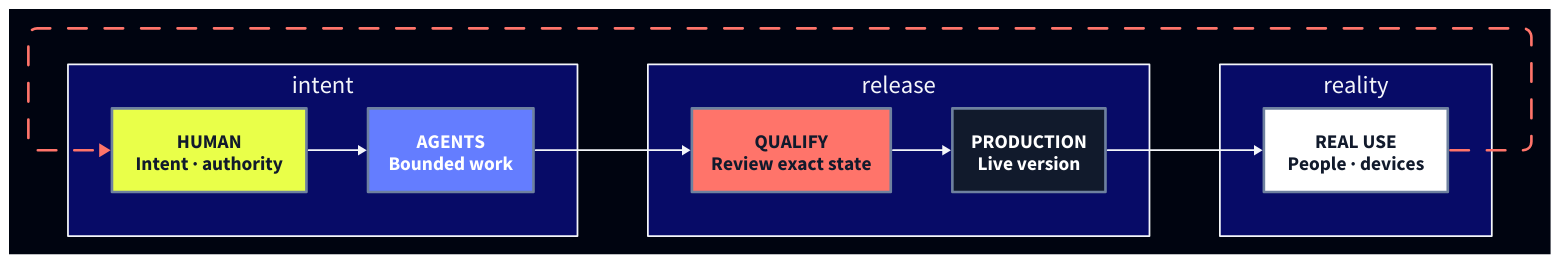
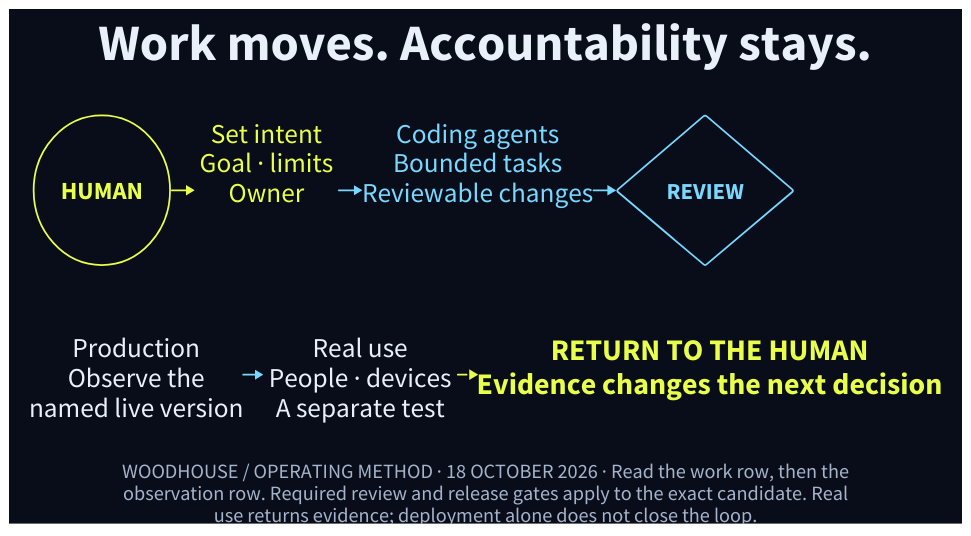
The diagram in diagrams/factory-flow.d2 (loftwah/woodhouse-new), drawn with D2 before and after one commit. The commit also changed 83 other files, not shown here.

Commit message:
Rebuild Woodhouse technical plates and the founding feature

```diff
--- a/diagrams/factory-flow.d2
+++ b/diagrams/factory-flow.d2
@@ -1,25 +1,113 @@
+# Woodhouse authored technical plate. Reviewed 18 October 2026.
+# Shape grammar: text = work; circle = responsibility; diamond = decision;
+# labelled stop = evidence boundary; dashed line = return or conditional path.
+# This is a method/relationship, not a claim that every project passed it.
+vars: {d2-config: {layout-engine: elk; theme-id: 0; pad: 16}}
+style.fill: "#080D19"
 direction: right
-vars: {d2-config: {layout-engine: elk; theme-id: 201}}
+grid-columns: 1
+vertical-gap: 22
 
-intent: {
-  direction: down
-  human: "HUMAN\nIntent · authority" {style.fill: "#E9FF49"; style.stroke: "#6E819F"; style.stroke-width: 3; style.font-color: "#111A2C"; style.font-size: 22; style.bold: true}
-  agents: "AGENTS\nBounded work" {style.fill: "#647DFF"; style.stroke: "#6E819F"; style.stroke-width: 3; style.font-color: "#FFFFFF"; style.font-size: 22; style.bold: true}
-  human -> agents
+plate_title: "Work moves. Accountability stays." {
+  shape: text
+  style.font-color: "#EAF0FA"
+  style.font-size: 58
+  style.fill: "transparent"
+  style.stroke: "#EAF0FA"
+  style.stroke-width: 0
+  style.bold: true
 }
-
-release: {
-  direction: down
-  qualification: "QUALIFY\nReview exact state" {style.fill: "#FF746A"; style.stroke: "#6E819F"; style.stroke-width: 3; style.font-color: "#111A2C"; style.font-size: 22; style.bold: true}
-  production: "PRODUCTION\nLive version" {style.fill: "#111A2C"; style.stroke: "#6E819F"; style.stroke-width: 3; style.font-color: "#FFFFFF"; style.font-size: 22; style.bold: true}
-  qualification -> production
+plate_title.near: top-center
+work: "" {
+  style.fill: transparent
+  style.stroke-width: 0
+  grid-rows: 1
+  grid-columns: 4
+  grid-gap: 28
+human: "HUMAN" {
+  label.near: center-center
+  shape: circle
+  style.font-color: "#E9FF49"
+  style.font-size: 28
+  style.fill: "transparent"
+  style.stroke: "#E9FF49"
+  style.stroke-width: 2
+  width: 155
+  height: 155
+  style.bold: true
 }
-
-reality: {
-  direction: down
-  use: "REAL USE\nPeople · devices" {style.fill: "#FFFFFF"; style.stroke: "#6E819F"; style.stroke-width: 3; style.font-color: "#111A2C"; style.font-size: 22; style.bold: true}
+intent: "Set intent\nGoal · limits\nOwner" {
+  shape: text
+  style.font-color: "#E9FF49"
+  style.font-size: 31
+  style.fill: "transparent"
+  style.stroke: "#E9FF49"
+  style.stroke-width: 0
 }
-
-intent.agents -> release.qualification
-release.production -> reality.use
-reality.use -> intent.human {style.stroke: "#FF746A"; style.stroke-width: 3; style.stroke-dash: 7}
+agent: "Coding agents\nBounded tasks\nReviewable changes" {
+  shape: text
+  style.font-color: "#79D8FF"
+  style.font-size: 31
+  style.fill: "transparent"
+  style.stroke: "#79D8FF"
+  style.stroke-width: 0
+}
+review: "REVIEW" {
+  label.near: center-center
+  shape: diamond
+  style.font-color: "#79D8FF"
+  style.font-size: 26
+  style.fill: "transparent"
+  style.stroke: "#79D8FF"
+  style.stroke-width: 2
+  width: 200
+  height: 170
+  style.bold: true
+}
+human -> intent: "" {style.stroke: "#E9FF49"; style.stroke-width: 2; style.font-color: "#E9FF49"; style.font-size: 22;}
+intent -> agent: "" {style.stroke: "#79D8FF"; style.stroke-width: 2; style.font-color: "#79D8FF"; style.font-size: 22;}
+agent -> review: "" {style.stroke: "#79D8FF"; style.stroke-width: 2; style.font-color: "#79D8FF"; style.font-size: 22;}
+}
+observe: "" {
+  style.fill: transparent
+  style.stroke-width: 0
+  grid-rows: 1
+  grid-columns: 3
+  grid-gap: 24
+production: "Production\nObserve the\nnamed live version" {
+  shape: text
+  style.font-color: "#EAF0FA"
+  style.font-size: 31
+  style.fill: "transparent"
+  style.stroke: "#EAF0FA"
+  style.stroke-width: 0
+}
+real: "Real use\nPeople · devices\nA separate test" {
+  shape: text
+  style.font-color: "#EAF0FA"
+  style.font-size: 31
+  style.fill: "transparent"
+  style.stroke: "#EAF0FA"
+  style.stroke-width: 0
+}
+return: "RETURN TO THE HUMAN\nEvidence changes the next decision" {
+  shape: text
+  style.font-color: "#E9FF49"
+  style.font-size: 34
+  style.fill: "transparent"
+  style.stroke: "#E9FF49"
+  style.stroke-width: 0
+  style.bold: true
+}
+production -> real: "" {style.stroke: "#79D8FF"; style.stroke-width: 2; style.font-color: "#79D8FF"; style.font-size: 22;}
+real -> return: "" {style.stroke: "#E9FF49"; style.stroke-width: 2; style.font-color: "#E9FF49"; style.font-size: 22; style.stroke-dash: 5;}
+}
+plate_note: "WOODHOUSE / OPERATING METHOD · 18 OCTOBER 2026 · Read the work row, then the\nobservation row. Required review and release gates apply to the exact candidate. Real\nuse returns evidence; deployment alone does not close the loop." {
+  shape: text
+  style.font-color: "#A6B4CB"
+  style.font-size: 23
+  style.fill: "transparent"
+  style.stroke: "#A6B4CB"
+  style.stroke-width: 0
+}
+plate_note.near: bottom-center
```
